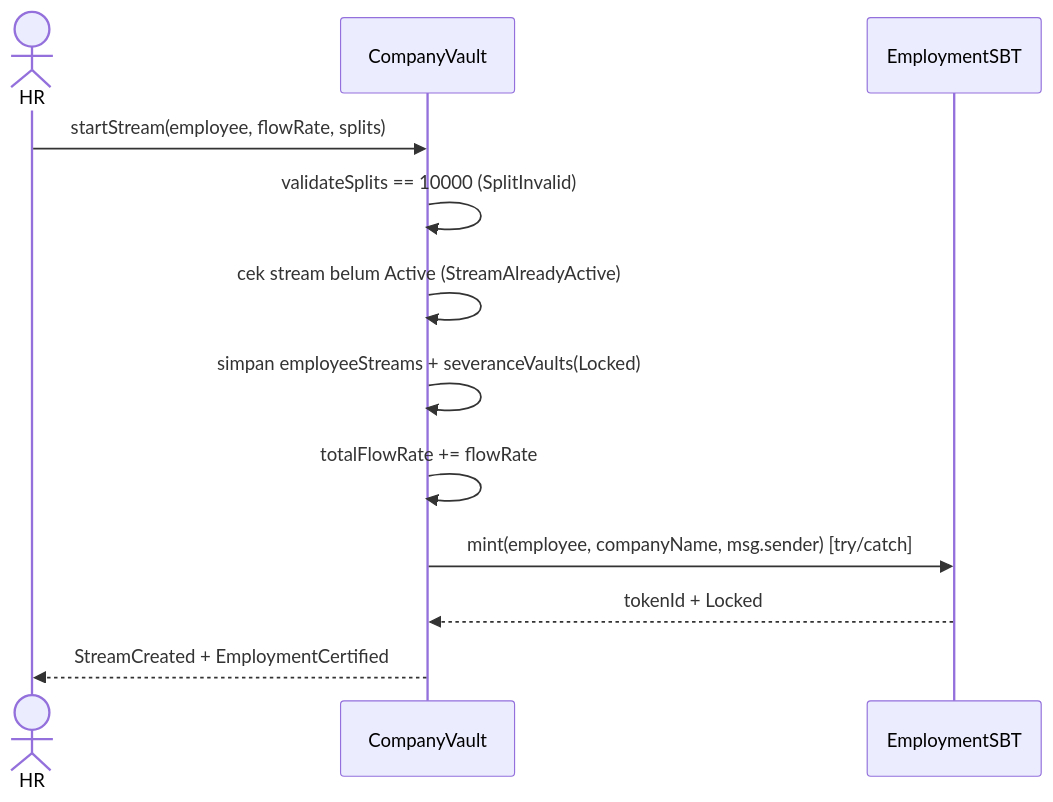
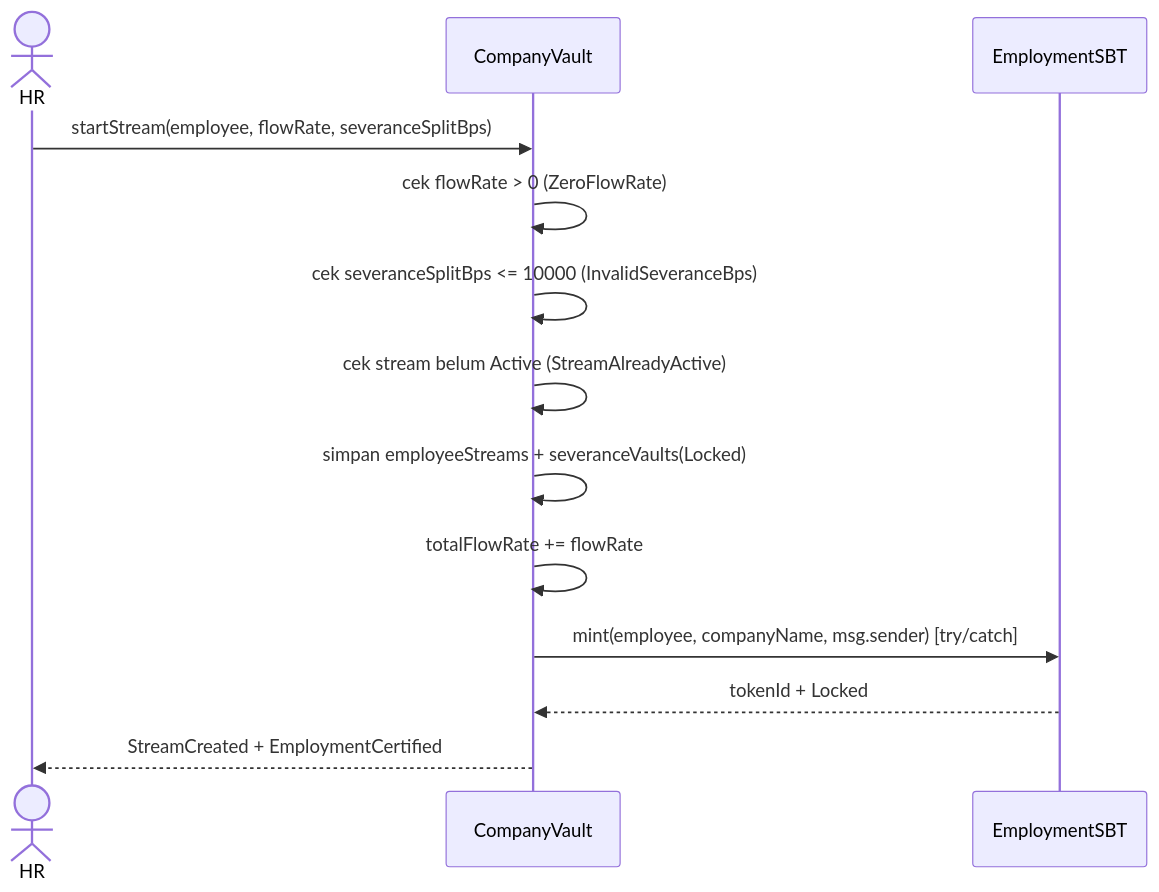
Before and after one commit to skripsi-payroll-dapp/docs: the fifth of 46 diagrams in docs/DPPL.md, drawn with Mermaid. The commit also changed other lines of this file and 6 other files, not shown here.

````diff
--- a/docs/DPPL.md
+++ b/docs/DPPL.md
@@ -619,14 +619,15 @@
 ```mermaid
 sequenceDiagram
     actor HR
     participant V as CompanyVault
     participant SBT as EmploymentSBT
-    HR->>V: startStream(employee, flowRate, splits)
-    V->>V: validateSplits == 10000 (SplitInvalid)
+    HR->>V: startStream(employee, flowRate, severanceSplitBps)
+    V->>V: cek flowRate > 0 (ZeroFlowRate)
+    V->>V: cek severanceSplitBps <= 10000 (InvalidSeveranceBps)
     V->>V: cek stream belum Active (StreamAlreadyActive)
     V->>V: simpan employeeStreams + severanceVaults(Locked)
     V->>V: totalFlowRate += flowRate
     V->>SBT: mint(employee, companyName, msg.sender) [try/catch]
     SBT-->>V: tokenId + Locked
     V-->>HR: StreamCreated + EmploymentCertified
 ```
````
